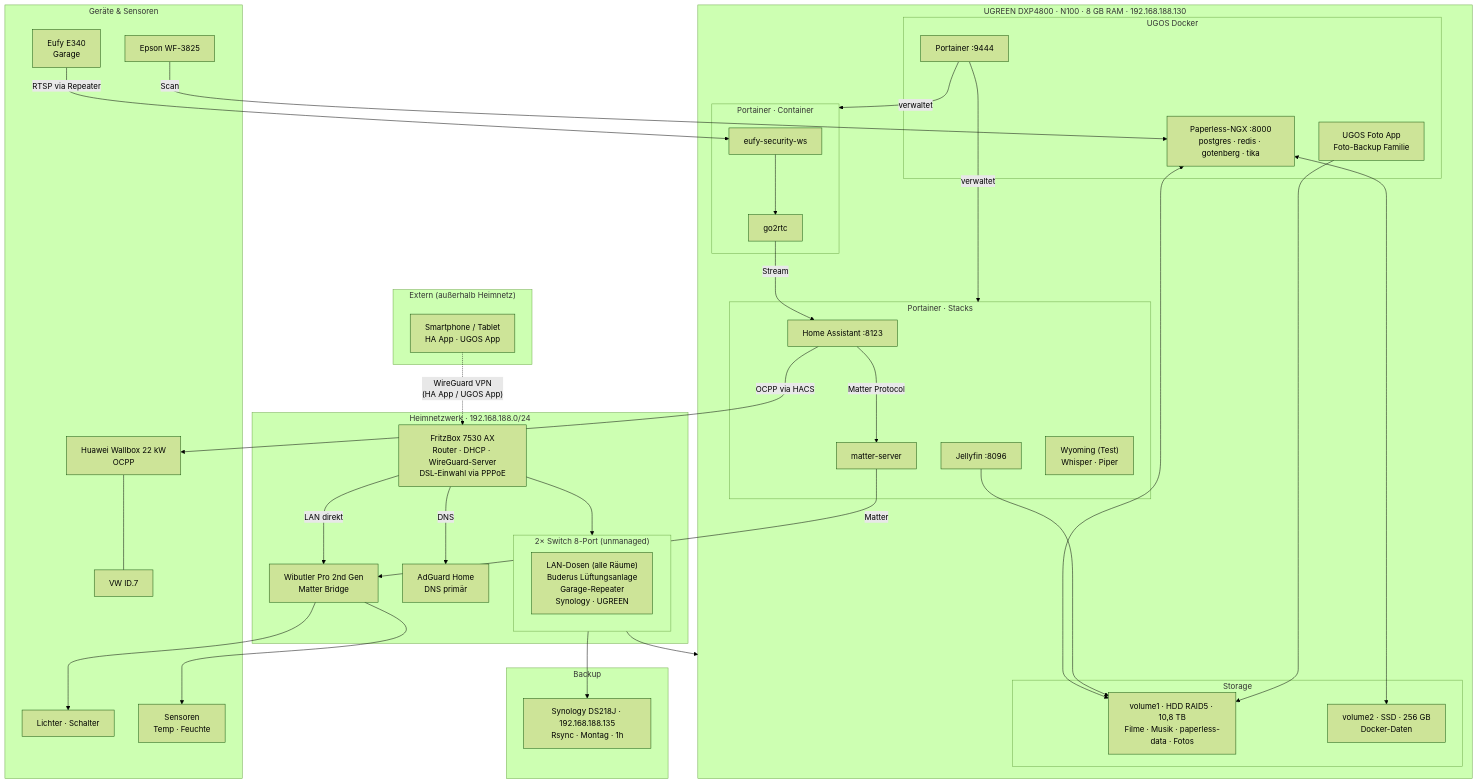
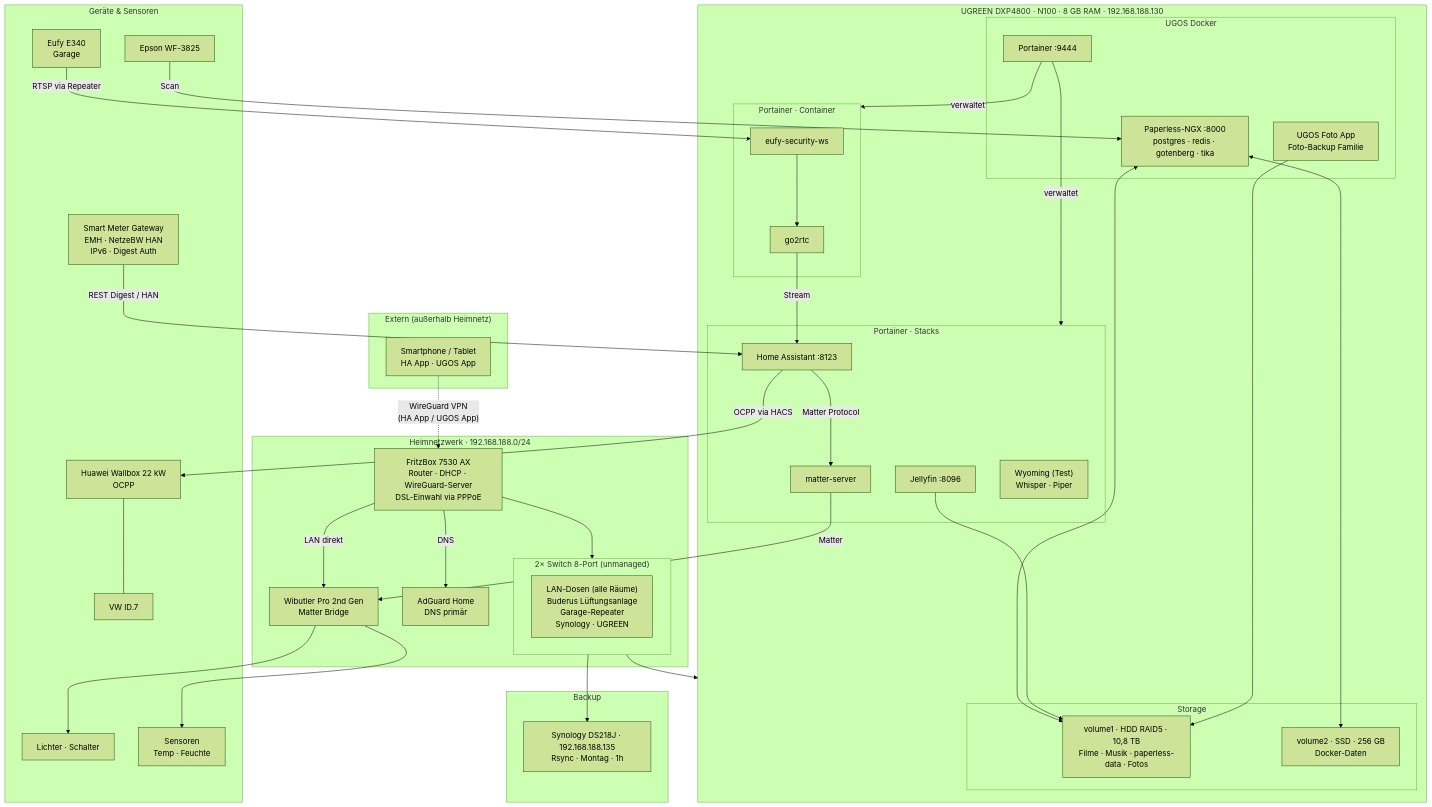
The diagram in README.md (Davewalker84/home-server), drawn with Mermaid (forest theme) before and after one commit. The commit also changed other lines of this file and 6 other files, not shown here.

Commit message:
Update after Smart Meter integration

````diff
--- a/README.md
+++ b/README.md
@@ -10,78 +10,80 @@
 ```mermaid
 flowchart TB
 
     subgraph EXTERN["Extern (außerhalb Heimnetz)"]
         PHONE["Smartphone / Tablet\nHA App · UGOS App"]
     end
 
     subgraph HEIMNETZ["Heimnetzwerk · 192.168.188.0/24"]
         FB["FritzBox 7530 AX\nRouter · DHCP · WireGuard-Server\nDSL-Einwahl via PPPoE"]
         AGH["AdGuard Home\nDNS primär"]
         WB["Wibutler Pro 2nd Gen\nMatter Bridge"]
 
         subgraph SWITCHES["2× Switch 8-Port (unmanaged)"]
             SW_DEV["LAN-Dosen (alle Räume)\nBuderus Lüftungsanlage\nGarage-Repeater\nSynology · UGREEN"]
         end
     end
 
     subgraph NAS["UGREEN DXP4800 · N100 · 8 GB RAM · 192.168.188.130"]
         subgraph UGOS["UGOS Docker"]
             PT["Portainer :9444"]
             PL["Paperless-NGX :8000\npostgres · redis · gotenberg · tika"]
             PHOTO["UGOS Foto App\nFoto-Backup Familie"]
         end
         subgraph PSTACK["Portainer · Stacks"]
             HA["Home Assistant :8123"]
             MS["matter-server"]
             JF["Jellyfin :8096"]
             WY["Wyoming (Test)\nWhisper · Piper"]
         end
         subgraph PCONT["Portainer · Container"]
             EUFY["eufy-security-ws"]
             GO2["go2rtc"]
         end
         subgraph STORE["Storage"]
             V1["volume1 · HDD RAID5 · 10,8 TB\nFilme · Musik · paperless-data · Fotos"]
             V2["volume2 · SSD · 256 GB\nDocker-Daten"]
         end
     end
 
     subgraph GERAETE["Geräte & Sensoren"]
         LIGHTS["Lichter · Schalter"]
         SENS["Sensoren\nTemp · Feuchte"]
         WALLBOX["Huawei Wallbox 22 kW\nOCPP"]
         ID7["VW ID.7"]
         CAM["Eufy E340\nGarage"]
         EPSON["Epson WF-3825"]
+        SMGW["Smart Meter Gateway\nEMH · NetzeBW HAN\nIPv6 · Digest Auth"]
     end
 
     subgraph BACKUP["Backup"]
         SYN["Synology DS218J · 192.168.188.135\nRsync · Montag · 1h"]
     end
 
     PHONE -. "WireGuard VPN\n(HA App / UGOS App)" .-> FB
     FB -->|DNS| AGH
     FB -->|LAN direkt| WB
     FB --> SWITCHES
     SWITCHES --> NAS
     SWITCHES --> SYN
 
     PT -->|verwaltet| PSTACK
     PT -->|verwaltet| PCONT
 
     HA -->|Matter Protocol| MS
     MS -->|Matter| WB
     WB --> LIGHTS
     WB --> SENS
     HA -->|OCPP via HACS| WALLBOX
     WALLBOX --- ID7
     CAM -->|RTSP via Repeater| EUFY
     EUFY --> GO2
     GO2 -->|Stream| HA
     EPSON -->|Scan| PL
+    SMGW -->|REST Digest / HAN| HA
 
     PL <--> V1
     PL <--> V2
     JF --> V1
     PHOTO --> V1
 ```
````
